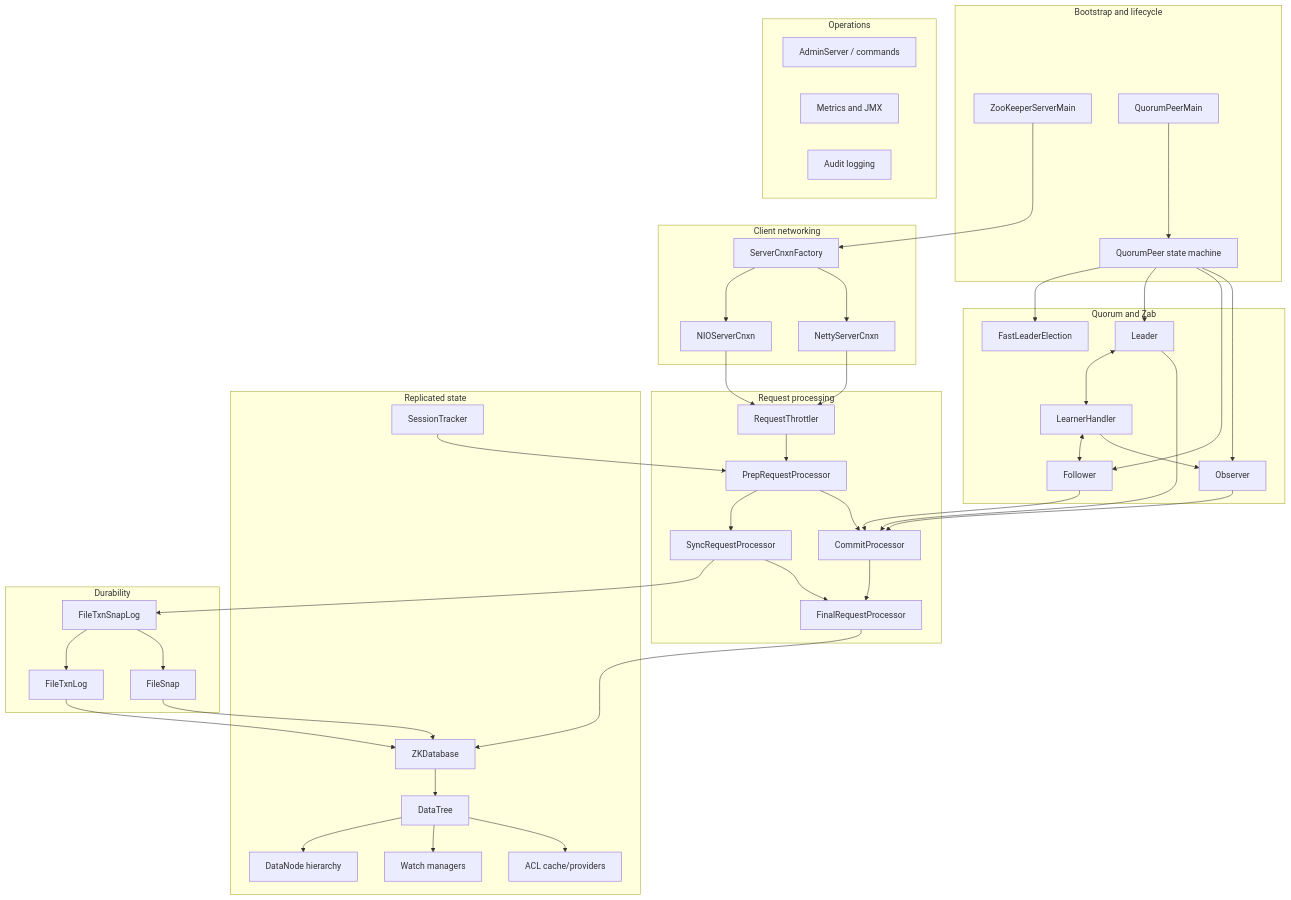
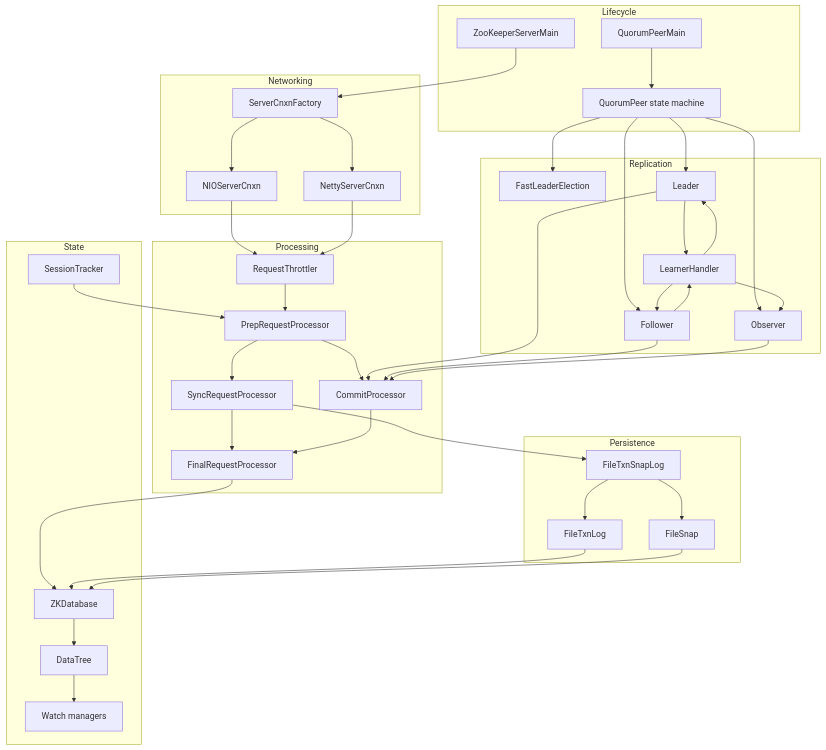
One commit to harshvsingh8/dsys changed the second of 11 diagrams in explore/zookeeper/SERVER_ARCHITECTURE.md. Above: the diagram before and after it, drawn with Mermaid. The commit also changed other lines of this file, not shown here.

Commit message:
Fix GitHub Mermaid diagram rendering
Use conservative graph syntax and labels for flowcharts so GitHub's Mermaid renderer can display the architecture document reliably.\n\nCo-authored-by: Copilot <223556219+Copilot@users.noreply.github.com>

````diff
--- a/explore/zookeeper/SERVER_ARCHITECTURE.md
+++ b/explore/zookeeper/SERVER_ARCHITECTURE.md
@@ -115,88 +110,70 @@
 ```mermaid
-flowchart TB
-    subgraph Lifecycle["Bootstrap and lifecycle"]
-        ZKMain[ZooKeeperServerMain]
-        QMain[QuorumPeerMain]
-        Peer[QuorumPeer state machine]
+graph TB;
+    subgraph Lifecycle
+        ZKMain["ZooKeeperServerMain"];
+        QMain["QuorumPeerMain"];
+        Peer["QuorumPeer state machine"];
     end
-
-    subgraph Network["Client networking"]
-        Factory[ServerCnxnFactory]
-        NIO[NIOServerCnxn]
-        Netty[NettyServerCnxn]
+    subgraph Networking
+        Factory["ServerCnxnFactory"];
+        NIO["NIOServerCnxn"];
+        Netty["NettyServerCnxn"];
     end
-
-    subgraph Processing["Request processing"]
-        Throttle[RequestThrottler]
-        Prep[PrepRequestProcessor]
-        Sync[SyncRequestProcessor]
-        Commit[CommitProcessor]
-        Final[FinalRequestProcessor]
+    subgraph Processing
+        Throttle["RequestThrottler"];
+        Prep["PrepRequestProcessor"];
+        Sync["SyncRequestProcessor"];
+        Commit["CommitProcessor"];
+        Final["FinalRequestProcessor"];
     end
-
-    subgraph Replication["Quorum and Zab"]
-        Election[FastLeaderElection]
-        Leader[Leader]
-        Follower[Follower]
-        Observer[Observer]
-        Handler[LearnerHandler]
+    subgraph Replication
+        Election["FastLeaderElection"];
+        Leader["Leader"];
+        Handler["LearnerHandler"];
+        Follower["Follower"];
+        Observer["Observer"];
     end
-
-    subgraph State["Replicated state"]
-        DB[ZKDatabase]
-        Tree[DataTree]
-        Nodes[DataNode hierarchy]
-        Sessions[SessionTracker]
-        Watch[Watch managers]
-        ACL[ACL cache/providers]
+    subgraph State
+        DB["ZKDatabase"];
+        Tree["DataTree"];
+        Sessions["SessionTracker"];
+        Watch["Watch managers"];
     end
-
-    subgraph Persistence["Durability"]
-        TxnSnap[FileTxnSnapLog]
-        TxnLog[FileTxnLog]
-        Snap[FileSnap]
+    subgraph Persistence
+        TxnSnap["FileTxnSnapLog"];
+        TxnLog["FileTxnLog"];
+        Snap["FileSnap"];
     end
-
-    subgraph Ops["Operations"]
-        Admin[AdminServer / commands]
-        Metrics[Metrics and JMX]
-        Audit[Audit logging]
-    end
-
-    ZKMain --> Factory
-    QMain --> Peer
-    Peer --> Election
-    Peer --> Leader
-    Peer --> Follower
-    Peer --> Observer
-
-    Factory --> NIO
-    Factory --> Netty
-    NIO --> Throttle
-    Netty --> Throttle
-    Throttle --> Prep
-    Prep --> Sync
-    Prep --> Commit
-    Sync --> TxnSnap
-    Commit --> Final
-    Sync --> Final
-    Final --> DB
-
-    Leader <--> Handler
-    Handler <--> Follower
-    Handler --> Observer
-    Leader --> Commit
-    Follower --> Commit
-    Observer --> Commit
-
-    DB --> Tree
-    Tree --> Nodes
-    Tree --> Watch
-    Tree --> ACL
-    Sessions --> Prep
-
-    TxnSnap --> TxnLog
-    TxnSnap --> Snap
-    TxnLog --> DB
-    Snap --> DB
+    ZKMain --> Factory;
+    QMain --> Peer;
+    Peer --> Election;
+    Peer --> Leader;
+    Peer --> Follower;
+    Peer --> Observer;
+    Factory --> NIO;
+    Factory --> Netty;
+    NIO --> Throttle;
+    Netty --> Throttle;
+    Throttle --> Prep;
+    Prep --> Sync;
+    Prep --> Commit;
+    Sync --> TxnSnap;
+    Sync --> Final;
+    Commit --> Final;
+    Final --> DB;
+    Leader --> Handler;
+    Handler --> Leader;
+    Handler --> Follower;
+    Follower --> Handler;
+    Handler --> Observer;
+    Leader --> Commit;
+    Follower --> Commit;
+    Observer --> Commit;
+    DB --> Tree;
+    Tree --> Watch;
+    Sessions --> Prep;
+    TxnSnap --> TxnLog;
+    TxnSnap --> Snap;
+    TxnLog --> DB;
+    Snap --> DB;
 ```
````
